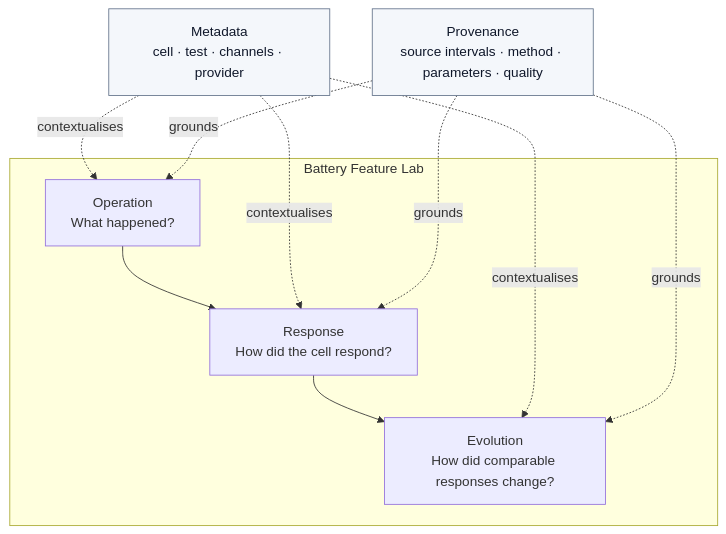
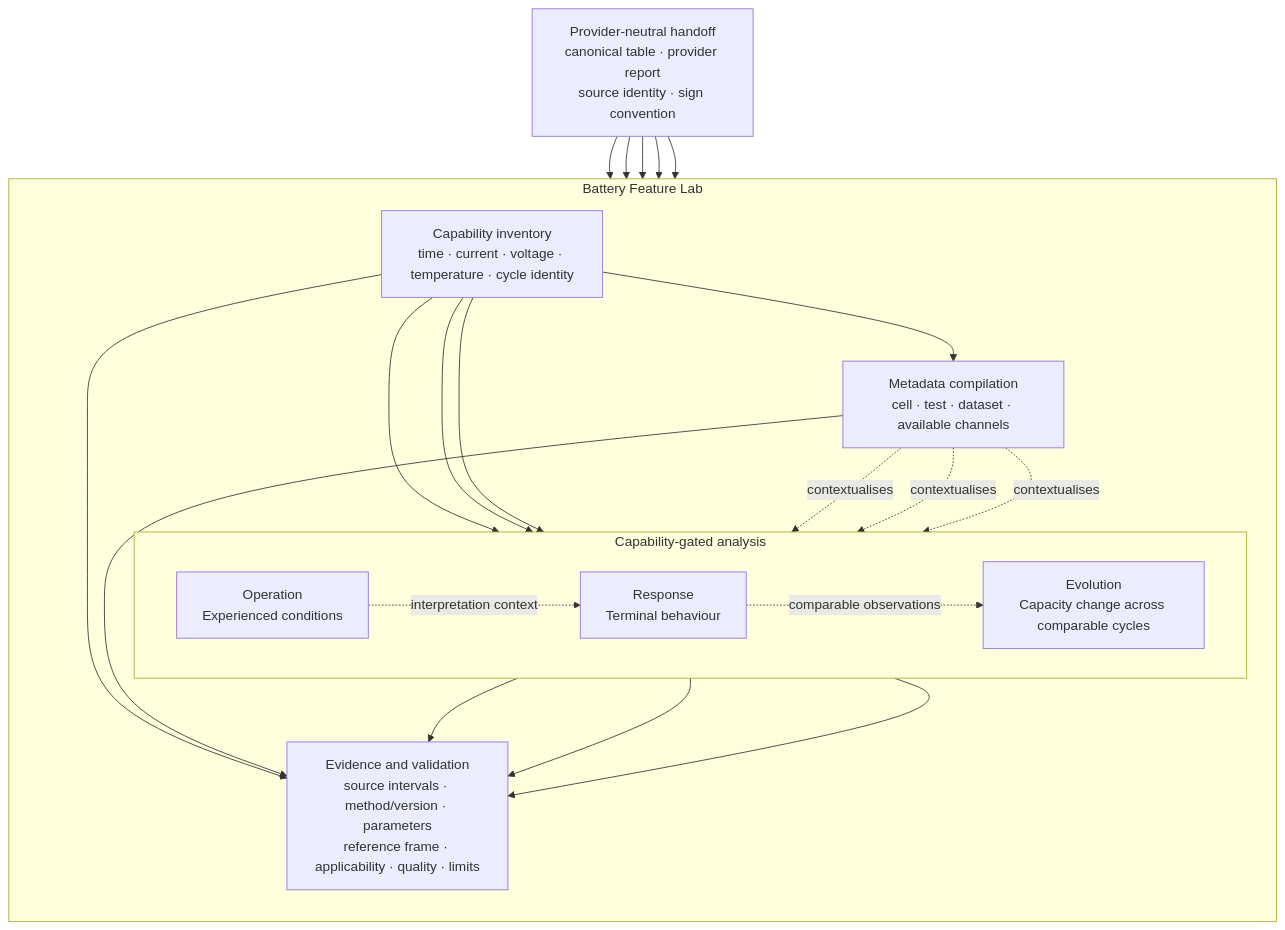
Before and after one commit to shiyunliu-battery/Battery-Feature-Lab: the diagram in README.md, drawn with Mermaid. The commit also changed other lines of this file, not shown here.

Commit message:
Clarify BFL organisation diagram (#4)

````diff
--- a/README.md
+++ b/README.md
@@ -20,21 +22,48 @@
 ```mermaid
 flowchart TB
-    M[Metadata<br/>cell · test · channels · provider]:::context
-    P[Provenance<br/>source intervals · method · parameters · quality]:::context
+    H["Provider-neutral handoff<br/>canonical table · provider report<br/>source identity · sign convention"]
 
-    subgraph BFL[Battery Feature Lab]
-        O[Operation<br/>What happened?]
-        R[Response<br/>How did the cell respond?]
-        E[Evolution<br/>How did comparable responses change?]
-        O --> R --> E
+    subgraph BFL["Battery Feature Lab"]
+        direction TB
+
+        I["Capability inventory<br/>time · current · voltage · temperature · cycle identity"]
+
+        M["Metadata compilation<br/>cell · test · dataset · available channels"]
+
+        subgraph A["Capability-gated analysis"]
+            direction LR
+
+            O["Operation<br/>Experienced conditions"]
+
+            R["Response<br/>Terminal behaviour"]
+
+            E["Evolution<br/>Capacity change across comparable cycles"]
+
+            O -. "interpretation context" .-> R
+            R -. "comparable observations" .-> E
+        end
+
+        V["Evidence and validation<br/>source intervals · method/version · parameters<br/>reference frame · applicability · quality · limits"]
+
+        I --> M
+        I --> O
+        I --> R
+        I --> E
+
+        M -. "contextualises" .-> O
+        M -. "contextualises" .-> R
+        M -. "contextualises" .-> E
+
+        I --> V
+        M --> V
+        O --> V
+        R --> V
+        E --> V
     end
 
-    M -. contextualises .-> O
-    M -. contextualises .-> R
-    M -. contextualises .-> E
-    P -. grounds .-> O
-    P -. grounds .-> R
-    P -. grounds .-> E
-
-    classDef context fill:#f4f7fb,stroke:#64748b,color:#0f172a;
+    H --> I
+    H --> M
+    H --> O
+    H --> R
+    H --> V
 ```
````
